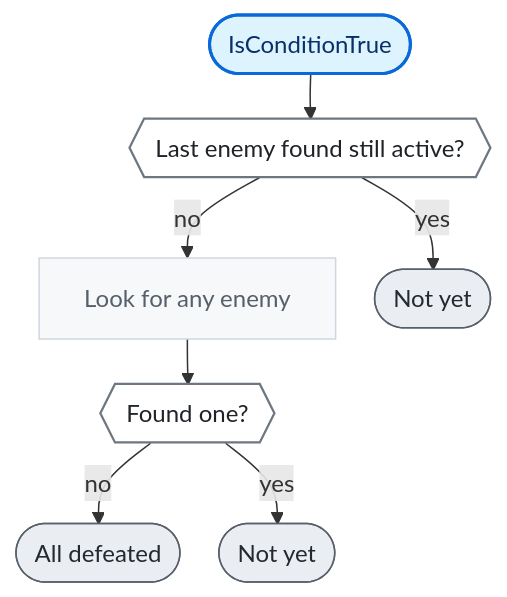
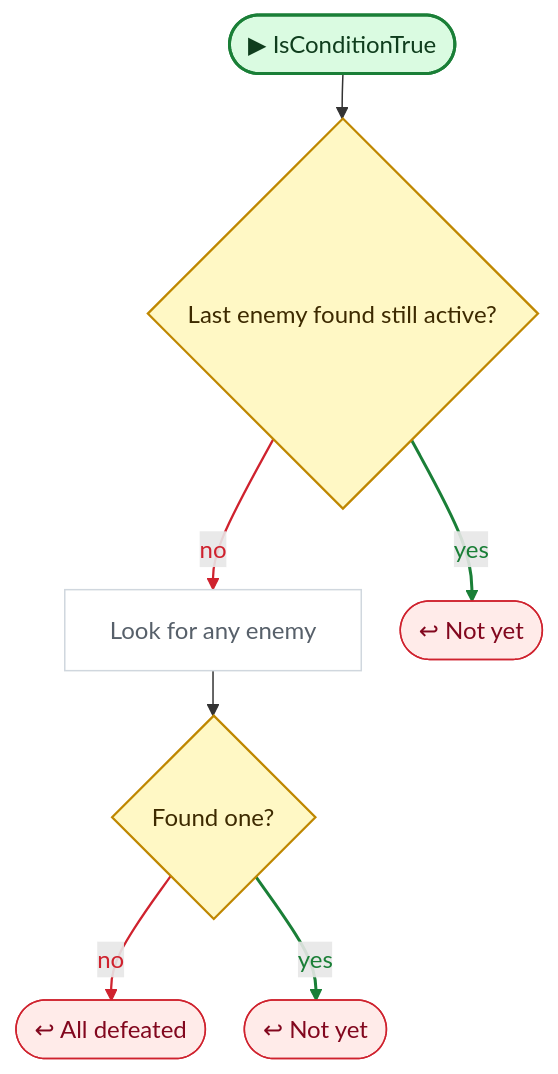
One commit to nataiai/Lord-of-the-Dungeon changed the third of 3 diagrams in CodeGraph~/graph/Map/EventAllEnemiesDefeated.cs.md. Above: the diagram before and after it, drawn with Mermaid. The commit also changed other lines of this file and 44 other files, not shown here.

````diff
--- a/CodeGraph~/graph/Map/EventAllEnemiesDefeated.cs.md
+++ b/CodeGraph~/graph/Map/EventAllEnemiesDefeated.cs.md
@@ -101,37 +108,45 @@
 ```mermaid
 ---
 config:
   flowchart:
     wrappingWidth: 260
     nodeSpacing: 26
     rankSpacing: 30
 ---
 flowchart TD
-  nS(["IsConditionTrue"])
-  n90e5b4{{"Last enemy found still active?"}}
+  nS(["▶ IsConditionTrue"])
+  n90e5b4{"Last enemy found still active?"}
   n0f15f8["Look for any enemy"]
-  na7e2f6{{"Found one?"}}
-  n1902d3(["Not yet"])
-  n6a19b2(["Not yet"])
-  nb1e3d6(["All defeated"])
+  na7e2f6{"Found one?"}
+  n1902d3(["↩ Not yet"])
+  n6a19b2(["↩ Not yet"])
+  nb1e3d6(["↩ All defeated"])
   nS --> n90e5b4
   n90e5b4 -->|no| n0f15f8
   n90e5b4 -->|yes| n1902d3
   n0f15f8 --> na7e2f6
   na7e2f6 -->|no| nb1e3d6
   na7e2f6 -->|yes| n6a19b2
-  classDef unity fill:#fff1c2,stroke:#9a6700,stroke-width:2px,color:#3b2300
-  classDef start fill:#ddf4ff,stroke:#0969da,stroke-width:2px,color:#0a3069
-  classDef calc fill:#f6f8fa,stroke:#d0d7de,color:#57606a
-  classDef calls fill:#ffffff,stroke:#0969da,stroke-width:2.5px,color:#0a3069
-  classDef cond fill:#ffffff,stroke:#6e7781,stroke-width:1.5px,color:#1f2328
-  classDef loop fill:#fbefff,stroke:#8250df,color:#3e1f79
-  classDef exit fill:#eaeef2,stroke:#57606a,color:#24292f
-  classDef wait fill:#fff8f0,stroke:#bc4c00,color:#4d1d00
+  linkStyle 1 stroke:#cf222e,stroke-width:1.5px,color:#cf222e
+  linkStyle 2 stroke:#1a7f37,stroke-width:2px,color:#1a7f37
+  linkStyle 4 stroke:#cf222e,stroke-width:1.5px,color:#cf222e
+  linkStyle 5 stroke:#1a7f37,stroke-width:2px,color:#1a7f37
+  classDef unity fill:#dafbe1,stroke:#1a7f37,stroke-width:2px,color:#0f3d1d
+  classDef start fill:#dafbe1,stroke:#1a7f37,stroke-width:2px,color:#0f3d1d
+  classDef calc fill:#ffffff,stroke:#d0d7de,color:#57606a
+  classDef calls fill:#ddf4ff,stroke:#0969da,stroke-width:2px,color:#0a3069
+  classDef ext fill:#ddf4ff,stroke:#0969da,stroke-width:2px,stroke-dasharray:5 3,color:#0a3069
+  classDef cond fill:#fff8c5,stroke:#bf8700,stroke-width:1.5px,color:#3d2a00
+  classDef loop fill:#f6f8fa,stroke:#57606a,color:#1f2328
+  classDef exit fill:#ffebe9,stroke:#cf222e,color:#82071e
+  classDef kill fill:#ffebe9,stroke:#cf222e,stroke-width:2px,color:#82071e
+  classDef spawn fill:#dafbe1,stroke:#1a7f37,stroke-width:2px,color:#0f3d1d
+  classDef wait fill:#fff1e5,stroke:#bc4c00,color:#4d1d00
   classDef fin fill:#eaeef2,stroke:#8c959f,color:#57606a
   classDef join fill:#d0d7de,stroke:#8c959f,color:#57606a
+  classDef ghdr fill:#f5f9ff,stroke:#f5f9ff,color:#0a3069,font-weight:bold
   class n0f15f8 calc
   class n90e5b4,na7e2f6 cond
   class n1902d3,n6a19b2,nb1e3d6 exit
   class nS start
 ```
````
